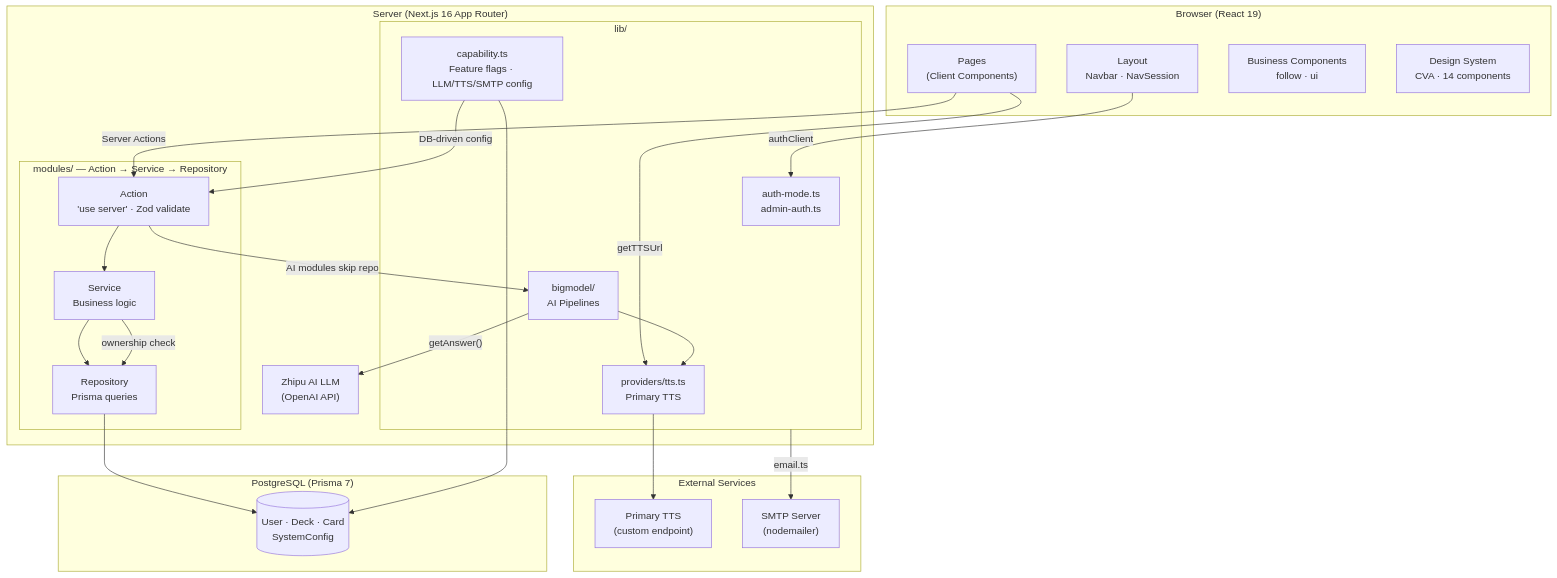
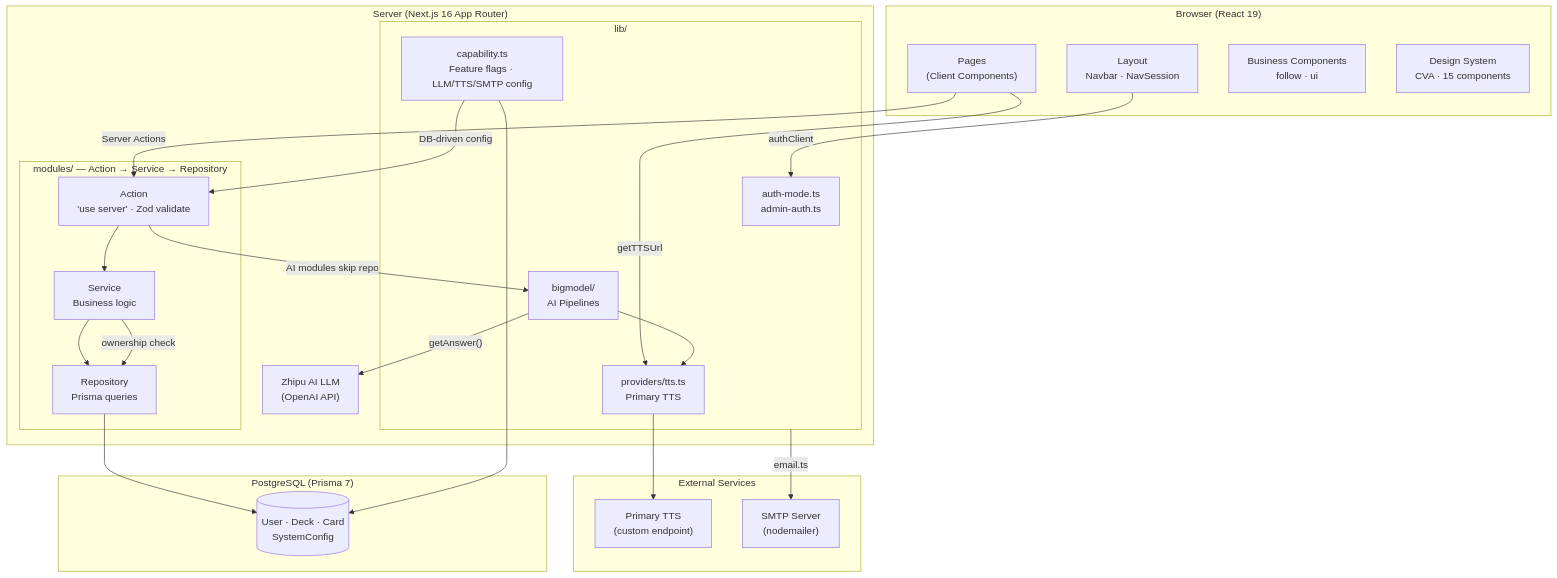
One commit to GoddoNebianU/learn-languages changed the diagram in README.md. Above: the diagram before and after it, drawn with Mermaid. The commit also changed 7 other files, not shown here.

````diff
--- a/README.md
+++ b/README.md
@@ -48,48 +48,48 @@
 ```mermaid
 graph TB
     subgraph Browser["Browser (React 19)"]
         Pages["Pages<br/>(Client Components)"]
         Layout["Layout<br/>Navbar · NavSession"]
         BizComps["Business Components<br/>follow · ui"]
-        DS["Design System<br/>CVA · 14 components"]
+        DS["Design System<br/>CVA · 15 components"]
     end
 
     Pages -->|"Server Actions"| Action
     Layout -->|"authClient"| AuthMod
     Pages -->|"getTTSUrl"| TTS
 
     subgraph Server["Server (Next.js 16 App Router)"]
         subgraph Modules["modules/ — Action → Service → Repository"]
             Action["Action<br/>'use server' · Zod validate"] --> Service["Service<br/>Business logic"] --> Repository["Repository<br/>Prisma queries"]
         end
         Action -->|"AI modules skip repo"| Pipelines
 
         subgraph Lib["lib/"]
             AuthMod["auth-mode.ts<br/>admin-auth.ts"]
             Cap["capability.ts<br/>Feature flags · LLM/TTS/SMTP config"]
             Pipelines["bigmodel/<br/>AI Pipelines"]
             TTS["providers/tts.ts<br/>Primary TTS"]
         end
 
         Service -->|"ownership check"| Repository
         Pipelines -->|"getAnswer()"| LLM
         Pipelines --> TTS
         Cap -->|"DB-driven config"| Action
     end
 
     Repository --> DB
     Cap --> DB
 
     subgraph Storage["PostgreSQL (Prisma 7)"]
         DB[("User · Deck · Card<br/>SystemConfig")]
     end
 
     subgraph External["External Services"]
         LLM["Zhipu AI LLM<br/>(OpenAI API)"]
         Qwen["Primary TTS<br/>(custom endpoint)"]
         SMTP["SMTP Server<br/>(nodemailer)"]
     end
 
     TTS --> Qwen
     Lib -->|"email.ts"| SMTP
 ```
````
